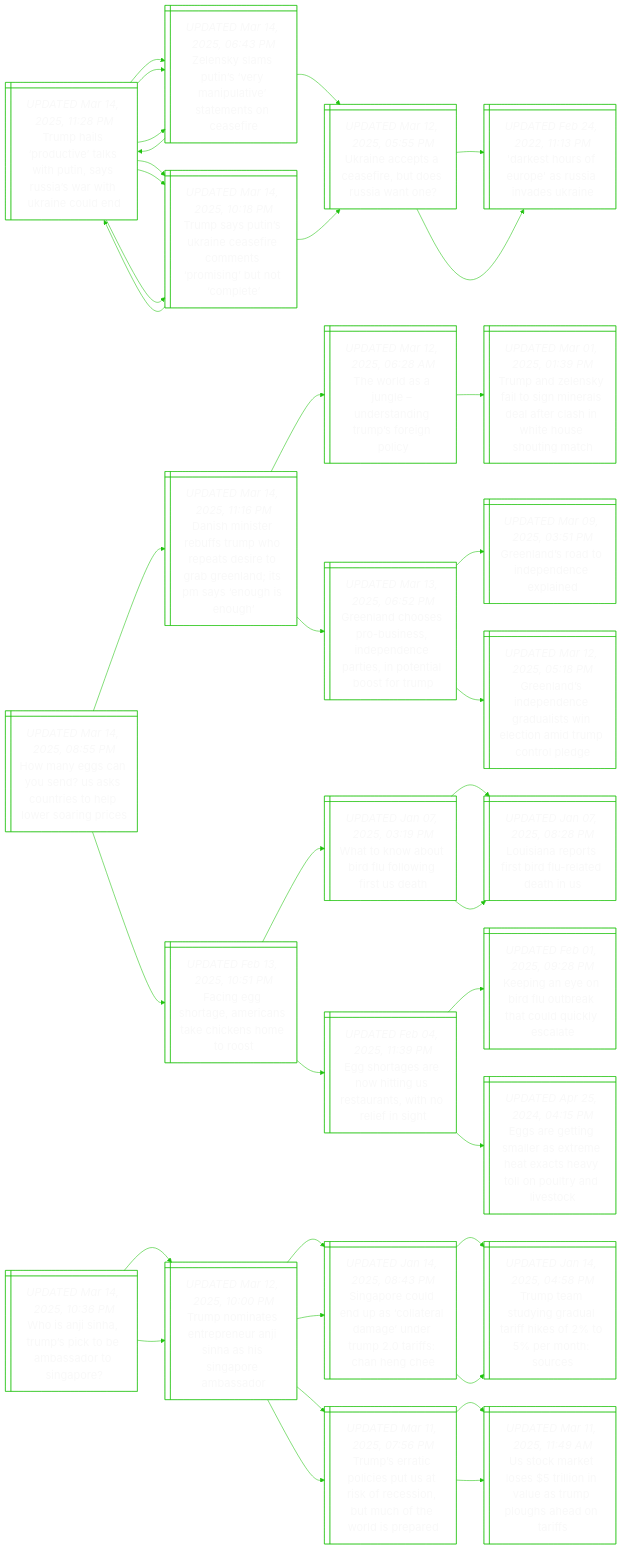
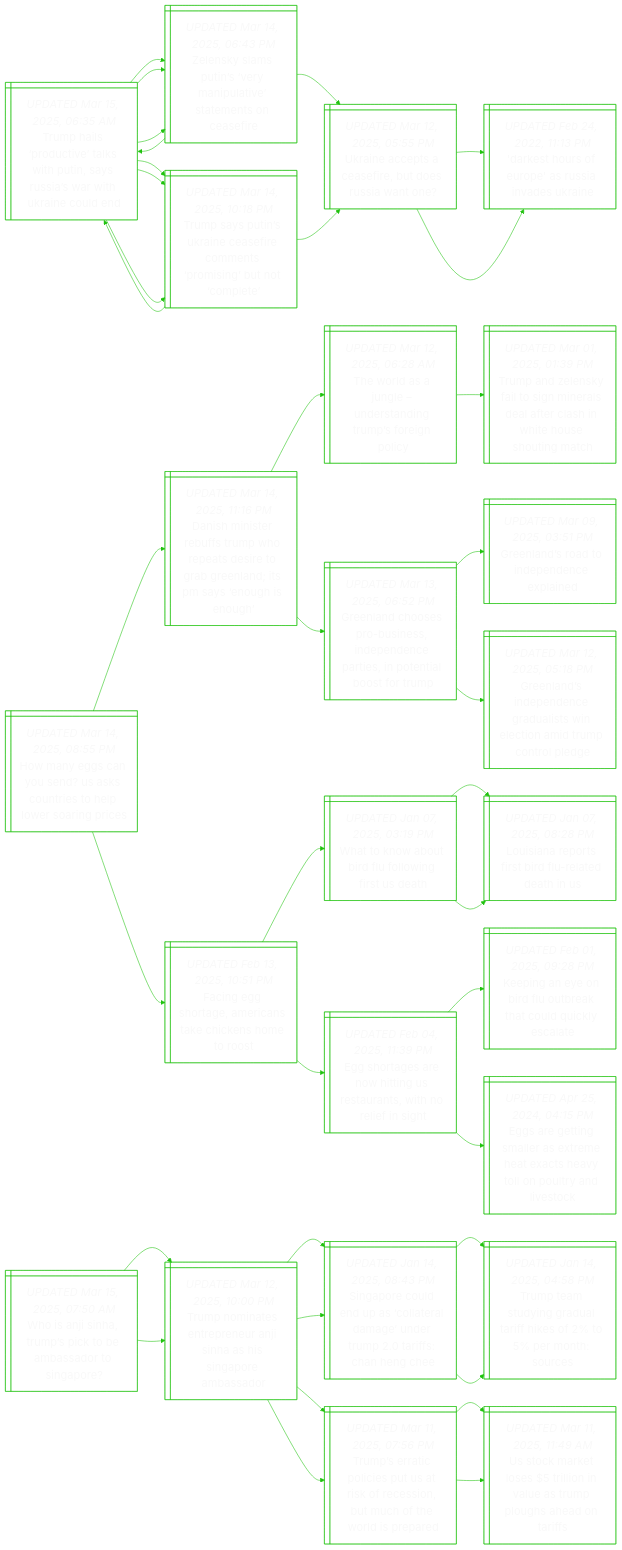
The diagram in README.md (notJmes/notJmes), drawn with Mermaid before and after one commit. The commit also changed other lines of this file, not shown here.

```diff
--- a/README.md
+++ b/README.md
@@ -16,7 +16,7 @@
 flowchart LR
 classDef txtsize font-size:20px;
 
-Thpctwuaswtaon@{ shape: win-pane, label: "_UPDATED Mar 14, 2025, 11:28 PM_
+Thpctwuaswtaon@{ shape: win-pane, label: "_UPDATED Mar 15, 2025, 06:35 AM_
 Trump hails ‘productive’ talks with putin, says russia’s war with ukraine could end" }
 Zsatenasmose@{ shape: win-pane, label: "_UPDATED Mar 14, 2025, 06:43 PM_
 Zelensky slams putin’s ‘very manipulative’ statements on ceasefire" }
@@ -24,7 +24,7 @@
 Ukraine accepts a ceasefire, but does russia want one?" }
 DsruasvUn@{ shape: win-pane, label: "_UPDATED Feb 24, 2022, 11:13 PM_
 'darkest hours of europe' as russia invades ukraine" }
-Thpctwuaswtaon@{ shape: win-pane, label: "_UPDATED Mar 14, 2025, 11:28 PM_
+Thpctwuaswtaon@{ shape: win-pane, label: "_UPDATED Mar 15, 2025, 06:35 AM_
 Trump hails ‘productive’ talks with putin, says russia’s war with ukraine could end" }
 Zsatenasmose@{ shape: win-pane, label: "_UPDATED Mar 14, 2025, 06:43 PM_
 Zelensky slams putin’s ‘very manipulative’ statements on ceasefire" }
@@ -32,7 +32,7 @@
 Trump says putin’s ukraine ceasefire comments ‘promising’ but not ‘complete’" }
 TsuUnseeritot@{ shape: win-pane, label: "_UPDATED Mar 14, 2025, 10:18 PM_
 Trump says putin’s ukraine ceasefire comments ‘promising’ but not ‘complete’" }
-Thpctwuaswtaon@{ shape: win-pane, label: "_UPDATED Mar 14, 2025, 11:28 PM_
+Thpctwuaswtaon@{ shape: win-pane, label: "_UPDATED Mar 15, 2025, 06:35 AM_
 Trump hails ‘productive’ talks with putin, says russia’s war with ukraine could end" }
 Zsatenasmose@{ shape: win-pane, label: "_UPDATED Mar 14, 2025, 06:43 PM_
 Zelensky slams putin’s ‘very manipulative’ statements on ceasefire" }
@@ -99,7 +99,7 @@
 EoentUtnteih:::txtsize --> Knyiurhuiea:::txtsize
 EoentUtnteih:::txtsize --> Ertmrthxhtntds:::txtsize
 
-WAirpobdSp@{ shape: win-pane, label: "_UPDATED Mar 14, 2025, 10:36 PM_
+WAirpobdSp@{ shape: win-pane, label: "_UPDATED Mar 15, 2025, 07:50 AM_
 Who is anji sinha, trump’s pick to be ambassador to singapore?" }
 TnanrrSaSpma@{ shape: win-pane, label: "_UPDATED Mar 12, 2025, 10:00 PM_
 Trump nominates entrepreneur anji sinha as his singapore ambassador" }
```
